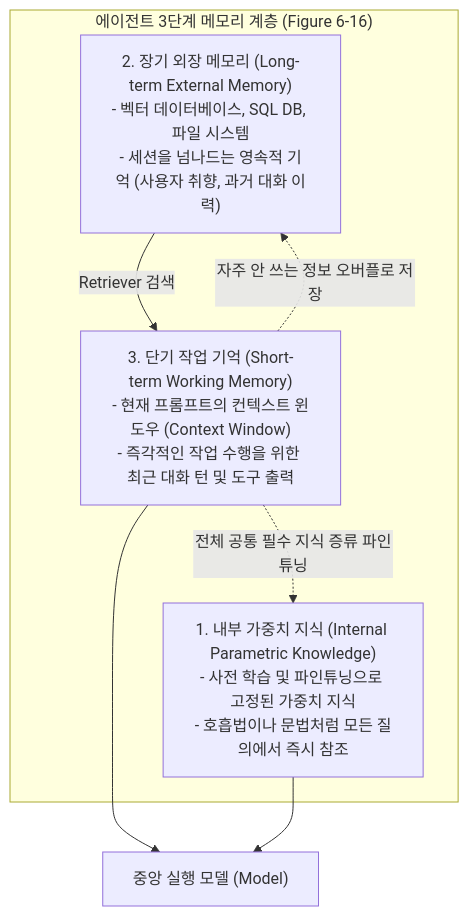
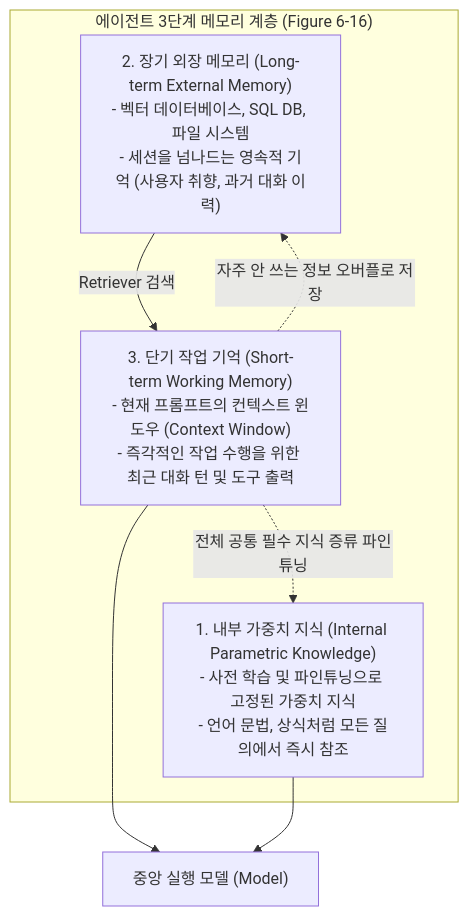
The third of 3 diagrams in chapter-qa/ch06-rag-and-agents-qa/04-agent-planning-reflection-memory-and-eval.md (sing-u8/AI-Engineering), drawn with Mermaid before and after one commit. The commit also changed other lines of this file and 25 other files, not shown here.

````diff
--- a/chapter-qa/ch06-rag-and-agents-qa/04-agent-planning-reflection-memory-and-eval.md
+++ b/chapter-qa/ch06-rag-and-agents-qa/04-agent-planning-reflection-memory-and-eval.md
@@ -118,13 +118,13 @@
 ```mermaid
 flowchart TD
     subgraph Mem["에이전트 3단계 메모리 계층 (Figure 6-16)"]
-        L3["1. 내부 가중치 지식 (Internal Parametric Knowledge)\n- 사전 학습 및 파인튜닝으로 고정된 가중치 지식\n- 호흡법이나 문법처럼 모든 질의에서 즉시 참조"]
+        L3["1. 내부 가중치 지식 (Internal Parametric Knowledge)\n- 사전 학습 및 파인튜닝으로 고정된 가중치 지식\n- 언어 문법, 상식처럼 모든 질의에서 즉시 참조"]
         L2["2. 장기 외장 메모리 (Long-term External Memory)\n- 벡터 데이터베이스, SQL DB, 파일 시스템\n- 세션을 넘나드는 영속적 기억 (사용자 취향, 과거 대화 이력)"]
         L1["3. 단기 작업 기억 (Short-term Working Memory)\n- 현재 프롬프트의 컨텍스트 윈도우 (Context Window)\n- 즉각적인 작업 수행을 위한 최근 대화 턴 및 도구 출력"]
     end
 
     L2 -->|Retriever 검색| L1
     L1 -.->|자주 안 쓰는 정보 오버플로 저장| L2
     L1 -.->|전체 공통 필수 지식 증류 파인튜닝| L3
     L1 & L3 --> Model["중앙 실행 모델 (Model)"]
 ```
````
